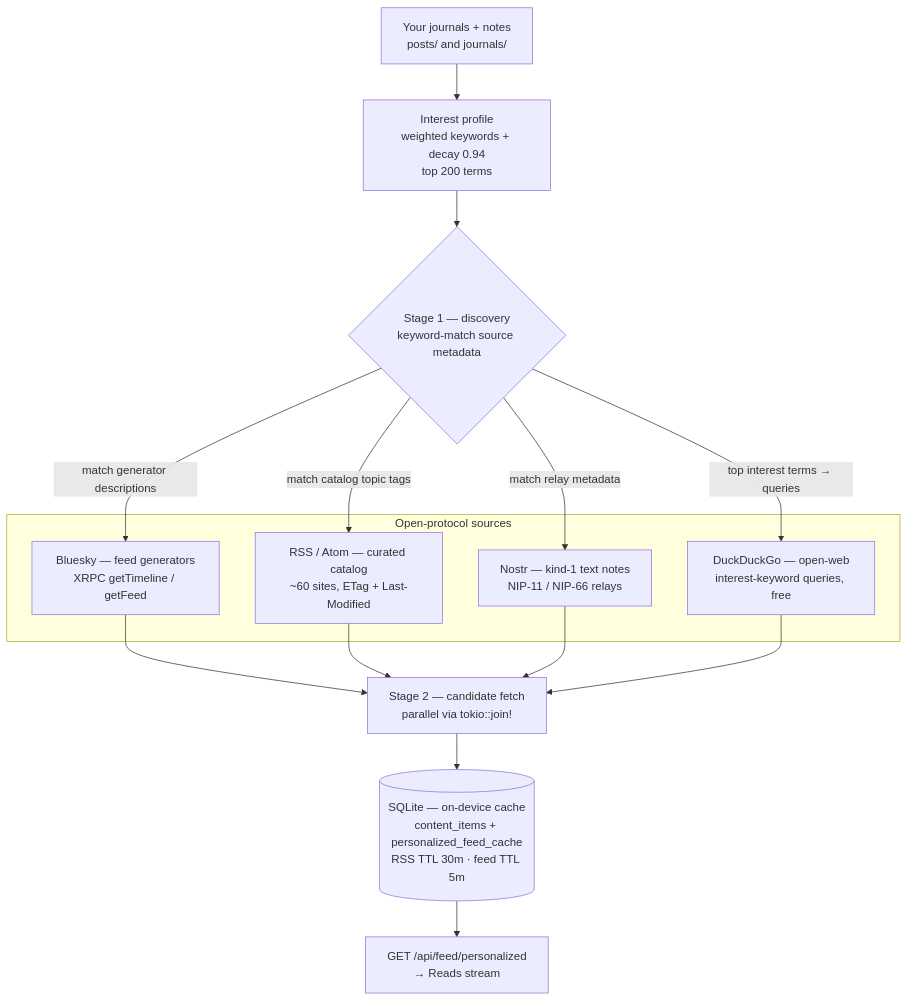
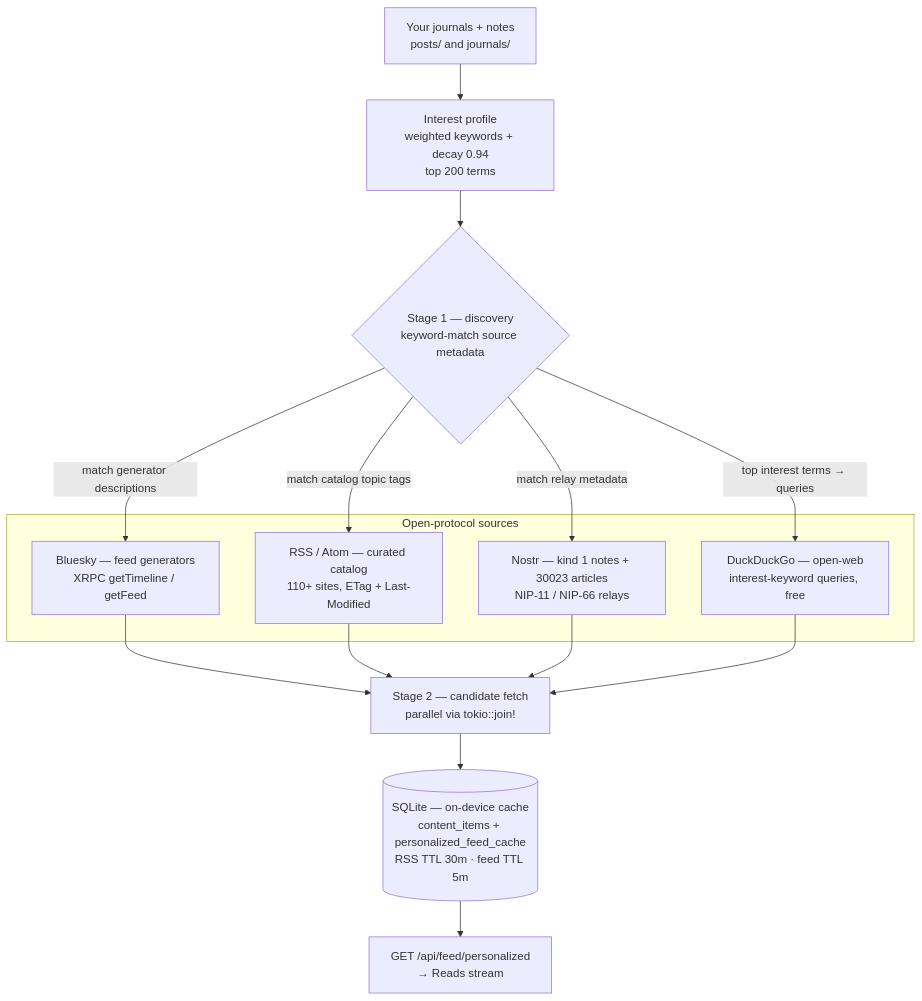
Before and after one commit to zanynik/slowclaw.social: the first of 3 diagrams in README.md, drawn with Mermaid. The commit also changed other lines of this file, not shown here.

Commit message:
docs(readme): update feed-sourcing diagram — Nostr articles + unified pipeline
Reflect that the backend world feed now fetches Nostr kind 30023 long-form
articles alongside kind 1 text notes (previously articles were frontend-
direct). Update the RSS catalog count (60 to 110+) and the scope note to
clarify that ALL article content flows through one backend pipeline; only
the web-of-trust social gate stays client-side.

````diff
--- a/README.md
+++ b/README.md
@@ -29,25 +29,25 @@
 ```mermaid
 flowchart TB
     J["Your journals + notes<br/>posts/ and journals/"] --> IP["Interest profile<br/>weighted keywords + decay 0.94<br/>top 200 terms"]
     IP --> S1{"Stage 1 — discovery<br/>keyword-match source metadata"}
 
     subgraph SRC["Open-protocol sources"]
         BS["Bluesky — feed generators<br/>XRPC getTimeline / getFeed"]
-        RSS["RSS / Atom — curated catalog<br/>~60 sites, ETag + Last-Modified"]
-        NOS["Nostr — kind-1 text notes<br/>NIP-11 / NIP-66 relays"]
+        RSS["RSS / Atom — curated catalog<br/>110+ sites, ETag + Last-Modified"]
+        NOS["Nostr — kind 1 notes + 30023 articles<br/>NIP-11 / NIP-66 relays"]
         DDG["DuckDuckGo — open-web<br/>interest-keyword queries, free"]
     end
 
     S1 -->|"match generator descriptions"| BS
     S1 -->|"match catalog topic tags"| RSS
     S1 -->|"match relay metadata"| NOS
     S1 -->|"top interest terms → queries"| DDG
 
     BS --> S2["Stage 2 — candidate fetch<br/>parallel via tokio::join!"]
     RSS --> S2
     NOS --> S2
     DDG --> S2
 
     S2 --> CACHE[("SQLite — on-device cache<br/>content_items + personalized_feed_cache<br/>RSS TTL 30m · feed TTL 5m")]
     CACHE --> SERVE["GET /api/feed/personalized<br/>→ Reads stream"]
 ```
````
